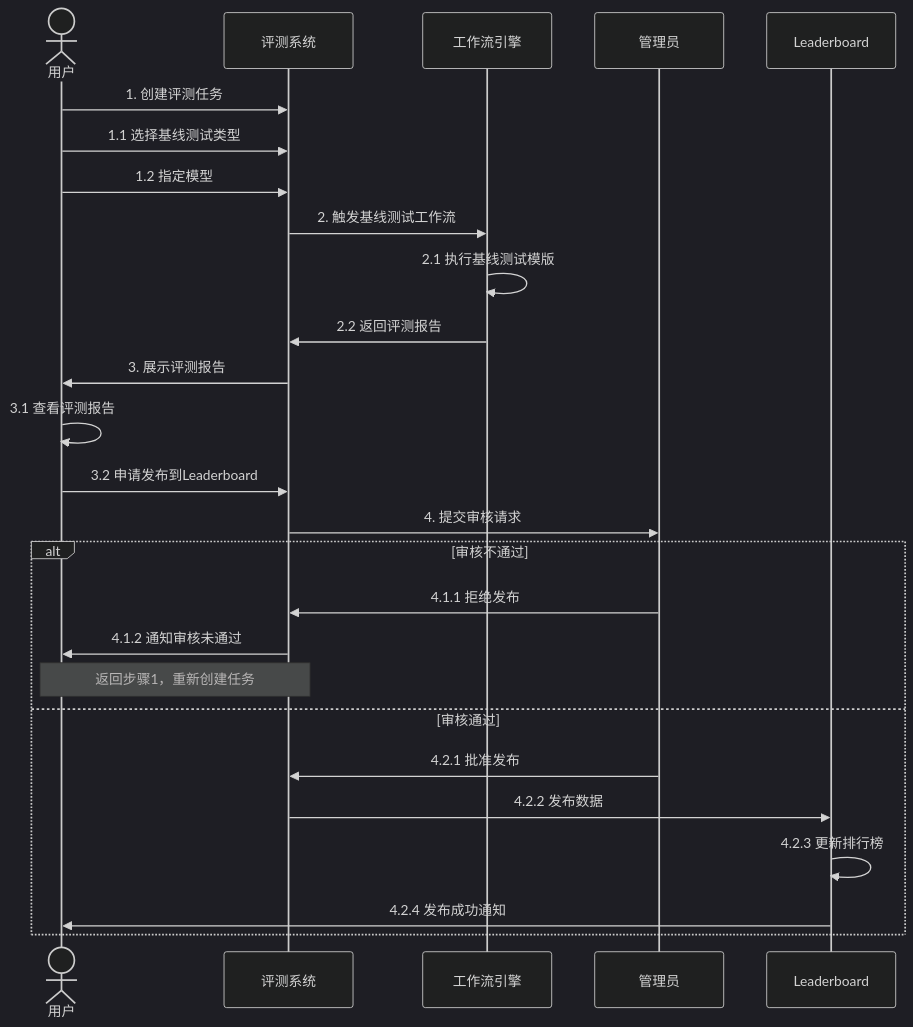
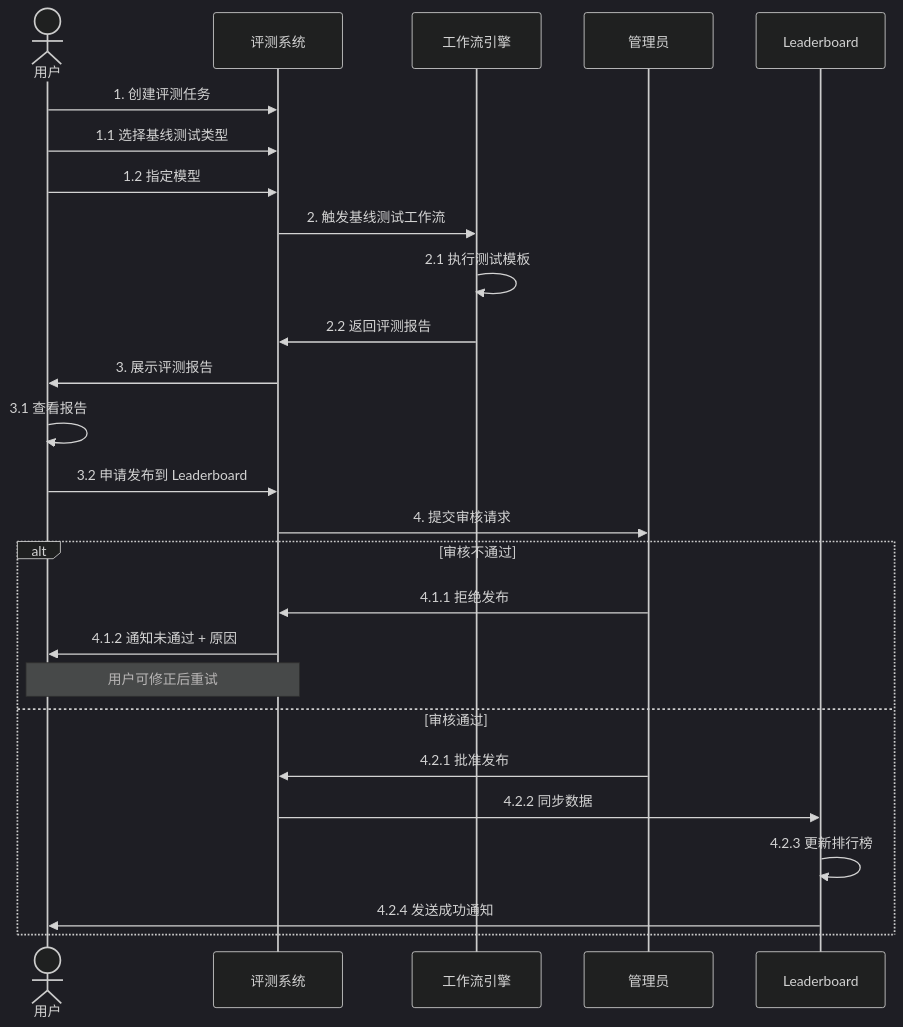
One commit to yance-dev/aihub-docs changed the second of 2 diagrams in docs/docs/评测榜单.md. Above: the diagram before and after it, drawn with Mermaid (dark theme). The commit also changed other lines of this file, not shown here.

````diff
--- a/docs/docs/评测榜单.md
+++ b/docs/docs/评测榜单.md
@@ -154,33 +167,33 @@
 ```mermaid
 sequenceDiagram
     actor 用户
     participant 评测系统
     participant 工作流引擎
     participant 管理员
     participant Leaderboard
 
     用户->>评测系统: 1. 创建评测任务
     用户->>评测系统: 1.1 选择基线测试类型
     用户->>评测系统: 1.2 指定模型
     
     评测系统->>工作流引擎: 2. 触发基线测试工作流
-    工作流引擎->>工作流引擎: 2.1 执行基线测试模版
+    工作流引擎->>工作流引擎: 2.1 执行测试模板
     工作流引擎->>评测系统: 2.2 返回评测报告
     
     评测系统->>用户: 3. 展示评测报告
-    用户->>用户: 3.1 查看评测报告
-    用户->>评测系统: 3.2 申请发布到Leaderboard
+    用户->>用户: 3.1 查看报告
+    用户->>评测系统: 3.2 申请发布到 Leaderboard
     
     评测系统->>管理员: 4. 提交审核请求
     
     alt 审核不通过
         管理员->>评测系统: 4.1.1 拒绝发布
-        评测系统->>用户: 4.1.2 通知审核未通过
-        Note over 用户,评测系统: 返回步骤1，重新创建任务
+        评测系统->>用户: 4.1.2 通知未通过 + 原因
+        Note over 用户,评测系统: 用户可修正后重试
     else 审核通过
         管理员->>评测系统: 4.2.1 批准发布
-        评测系统->>Leaderboard: 4.2.2 发布数据
+        评测系统->>Leaderboard: 4.2.2 同步数据
         Leaderboard->>Leaderboard: 4.2.3 更新排行榜
-        Leaderboard->>用户: 4.2.4 发布成功通知
+        Leaderboard->>用户: 4.2.4 发送成功通知
     end
 ```
````
